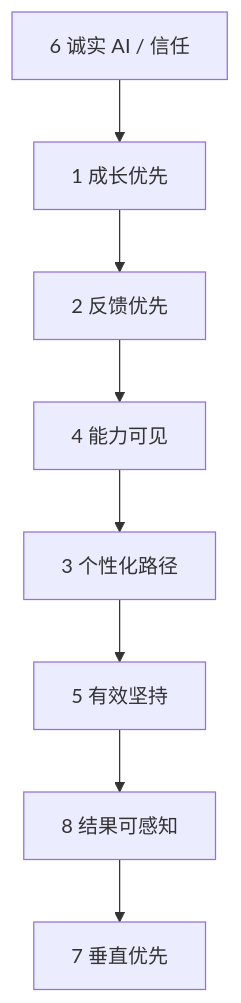
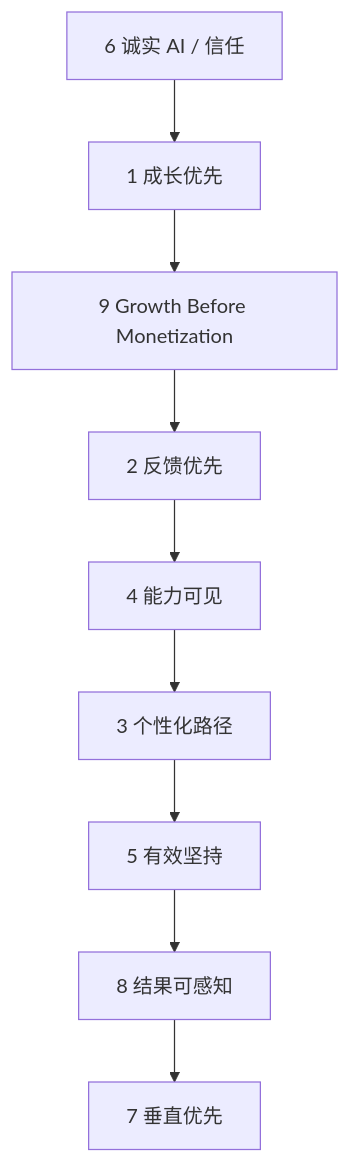
One commit to LeapMaCoder/ai-engineer-os changed the second of 2 diagrams in docs/01_Vision/Product_Principles.md. Above: the diagram before and after it, drawn with Mermaid. The commit also changed other lines of this file and 20 other files, not shown here.

````diff
--- a/docs/01_Vision/Product_Principles.md
+++ b/docs/01_Vision/Product_Principles.md
@@ -153,10 +173,11 @@
 ```mermaid
 flowchart TD
   P6[6 诚实 AI / 信任] --> P1[1 成长优先]
-  P1 --> P2[2 反馈优先]
+  P1 --> P9[9 Growth Before Monetization]
+  P9 --> P2[2 反馈优先]
   P2 --> P4[4 能力可见]
   P4 --> P3[3 个性化路径]
   P3 --> P5[5 有效坚持]
   P5 --> P8[8 结果可感知]
   P8 --> P7[7 垂直优先]
 ```
````
